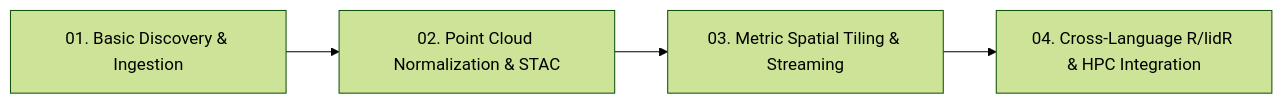
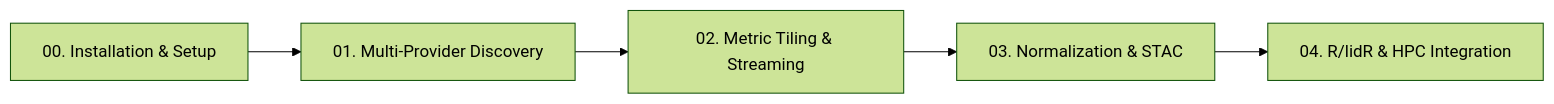
One commit to cms-2024-hudak/als-finder changed the diagram in tutorials/README.md. Above: the diagram before and after it, drawn with Mermaid (forest theme). The commit also changed other lines of this file and 26 other files, not shown here.

````diff
--- a/tutorials/README.md
+++ b/tutorials/README.md
@@ -23,6 +23,7 @@
 ```mermaid
 graph LR
-    T1[01. Basic Discovery & Ingestion] --> T2[02. Point Cloud Normalization & STAC]
-    T2 --> T3[03. Metric Spatial Tiling & Streaming]
-    T3 --> T4[04. Cross-Language R/lidR & HPC Integration]
+    T0[00. Installation & Setup] --> T1[01. Multi-Provider Discovery]
+    T1 --> T2[02. Metric Tiling & Streaming]
+    T2 --> T3[03. Normalization & STAC]
+    T3 --> T4[04. R/lidR & HPC Integration]
 ```
````
